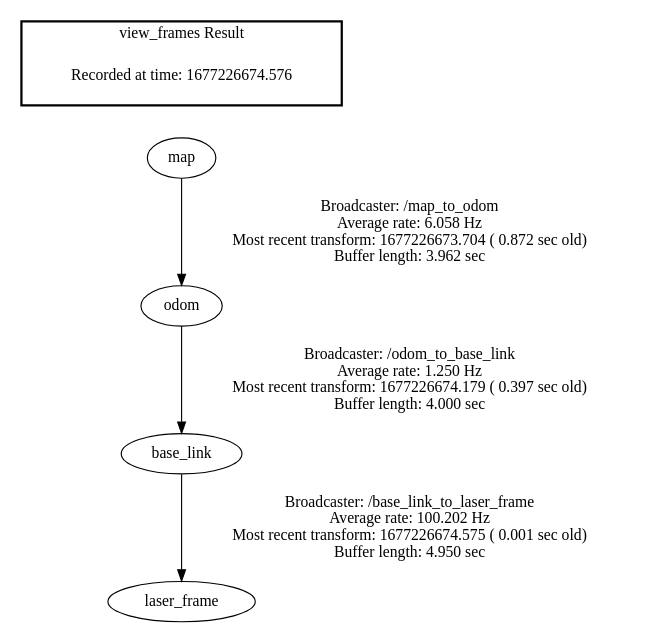
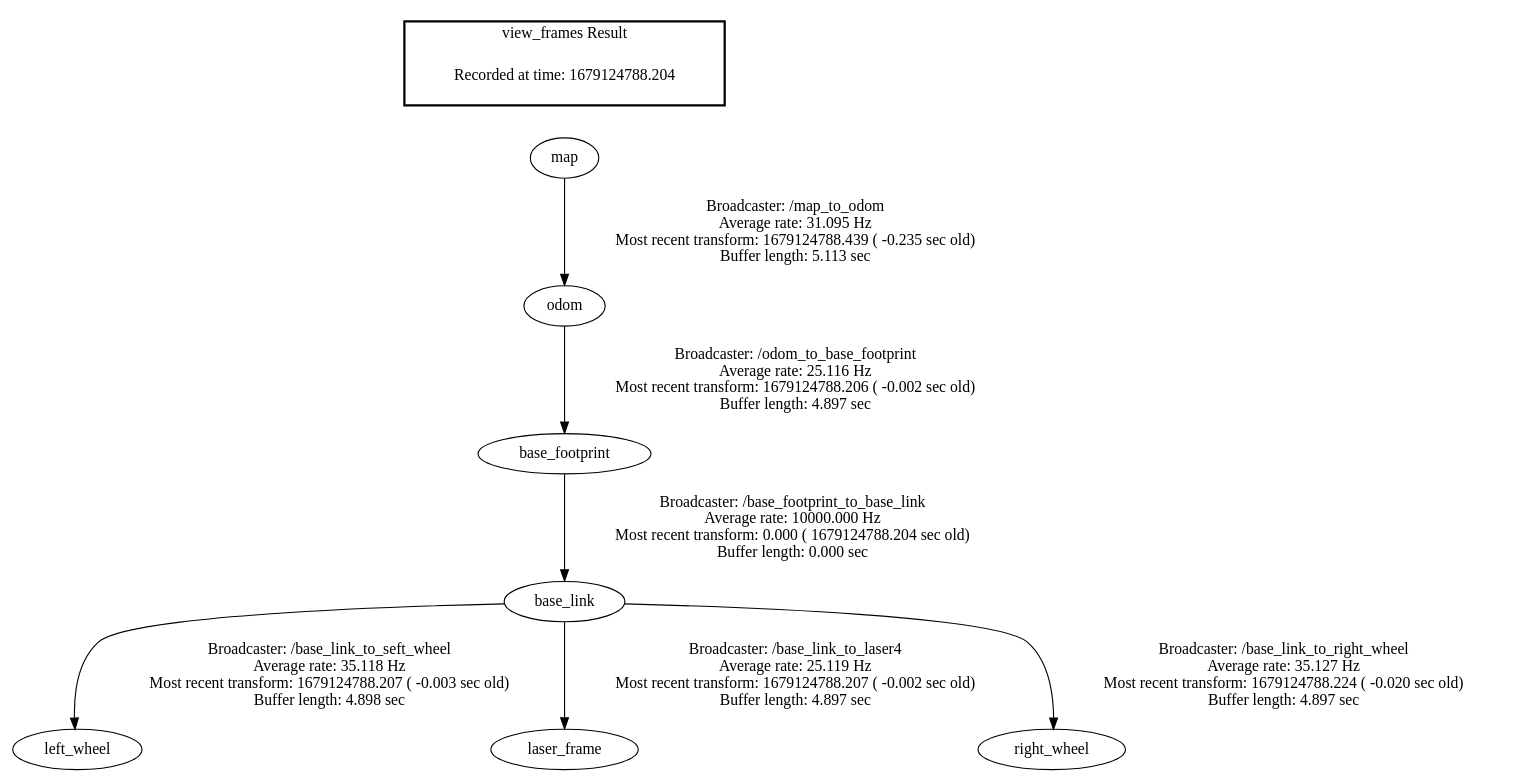
Before and after one commit to mulempyo/my_first_ros_robot: the diagram in frames.gv, drawn with Graphviz. The commit also changed 99 other files, not shown here.

```diff
--- a/frames.gv
+++ b/frames.gv
@@ -1,9 +1,12 @@
 digraph G {
-"base_link" -> "laser_frame"[label="Broadcaster: /base_link_to_laser_frame\nAverage rate: 100.202 Hz\nMost recent transform: 1677226674.575 ( 0.001 sec old)\nBuffer length: 4.950 sec\n"];
-"odom" -> "base_link"[label="Broadcaster: /odom_to_base_link\nAverage rate: 1.250 Hz\nMost recent transform: 1677226674.179 ( 0.397 sec old)\nBuffer length: 4.000 sec\n"];
-"map" -> "odom"[label="Broadcaster: /map_to_odom\nAverage rate: 6.058 Hz\nMost recent transform: 1677226673.704 ( 0.872 sec old)\nBuffer length: 3.962 sec\n"];
+"base_footprint" -> "base_link"[label="Broadcaster: /base_footprint_to_base_link\nAverage rate: 10000.000 Hz\nMost recent transform: 0.000 ( 1679124788.204 sec old)\nBuffer length: 0.000 sec\n"];
+"odom" -> "base_footprint"[label="Broadcaster: /odom_to_base_footprint\nAverage rate: 25.116 Hz\nMost recent transform: 1679124788.206 ( -0.002 sec old)\nBuffer length: 4.897 sec\n"];
+"base_link" -> "left_wheel"[label="Broadcaster: /base_link_to_seft_wheel\nAverage rate: 35.118 Hz\nMost recent transform: 1679124788.207 ( -0.003 sec old)\nBuffer length: 4.898 sec\n"];
+"base_link" -> "laser_frame"[label="Broadcaster: /base_link_to_laser4\nAverage rate: 25.119 Hz\nMost recent transform: 1679124788.207 ( -0.002 sec old)\nBuffer length: 4.897 sec\n"];
+"map" -> "odom"[label="Broadcaster: /map_to_odom\nAverage rate: 31.095 Hz\nMost recent transform: 1679124788.439 ( -0.235 sec old)\nBuffer length: 5.113 sec\n"];
+"base_link" -> "right_wheel"[label="Broadcaster: /base_link_to_right_wheel\nAverage rate: 35.127 Hz\nMost recent transform: 1679124788.224 ( -0.020 sec old)\nBuffer length: 4.897 sec\n"];
 edge [style=invis];
  subgraph cluster_legend { style=bold; color=black; label ="view_frames Result";
-"Recorded at time: 1677226674.576"[ shape=plaintext ] ;
+"Recorded at time: 1679124788.204"[ shape=plaintext ] ;
  }->"map";
 }
```
